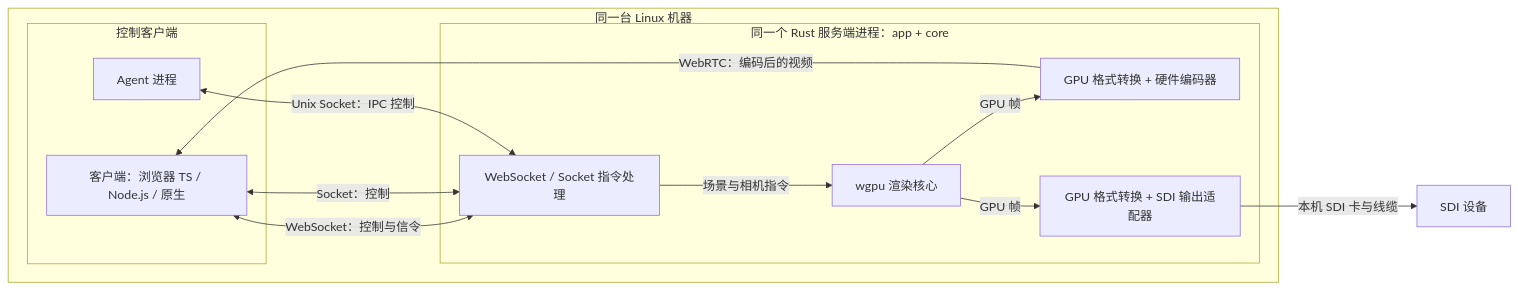
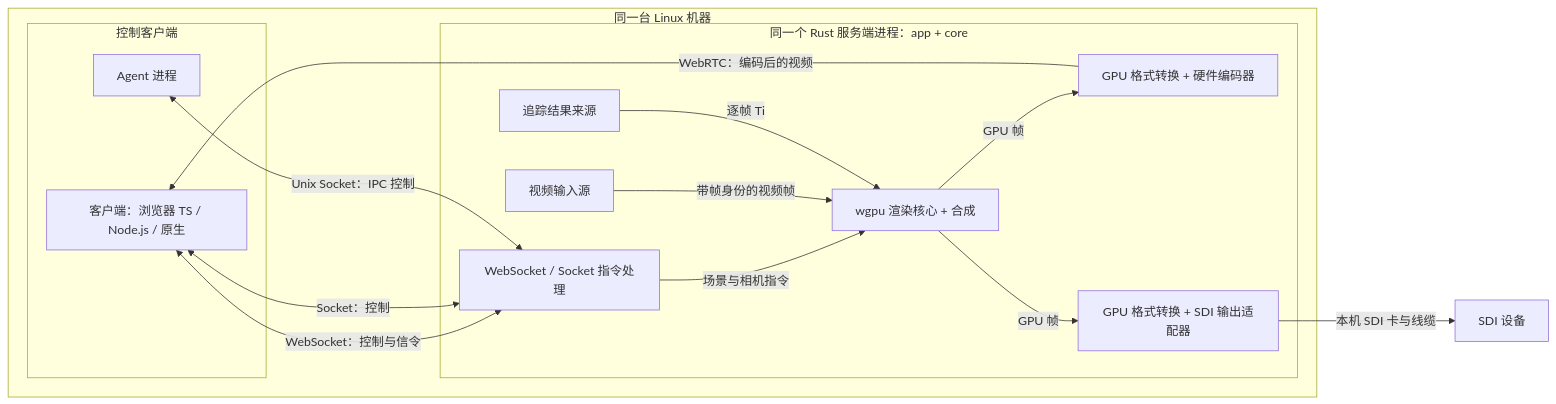
Before and after one commit to xiaoyxue/chr: the diagram in docs/render-server-client-design.zh-CN.md, drawn with Mermaid. The commit also changed other lines of this file and 1 other file, not shown here.

````diff
--- a/docs/render-server-client-design.zh-CN.md
+++ b/docs/render-server-client-design.zh-CN.md
@@ -31,24 +32,28 @@
 ```mermaid
 flowchart LR
     subgraph host["同一台 Linux 机器"]
         subgraph clients["控制客户端"]
             client["客户端：浏览器 TS / Node.js / 原生"]
             agent["Agent 进程"]
         end
         subgraph process["同一个 Rust 服务端进程：app + core"]
             control["WebSocket / Socket 指令处理"]
-            core["wgpu 渲染核心"]
+            input["视频输入源"]
+            track["追踪结果来源"]
+            core["wgpu 渲染核心 + 合成"]
             encode["GPU 格式转换 + 硬件编码器"]
             sdi["GPU 格式转换 + SDI 输出适配器"]
 
             control -->|"场景与相机指令"| core
+            input -->|"带帧身份的视频帧"| core
+            track -->|"逐帧 Ti"| core
             core -->|"GPU 帧"| encode
             core -->|"GPU 帧"| sdi
         end
         client <-->|"WebSocket：控制与信令"| control
         client <-->|"Socket：控制"| control
         agent <-->|"Unix Socket：IPC 控制"| control
         encode -->|"WebRTC：编码后的视频"| client
     end
     sdi -->|"本机 SDI 卡与线缆"| equipment["SDI 设备"]
 ```
````
